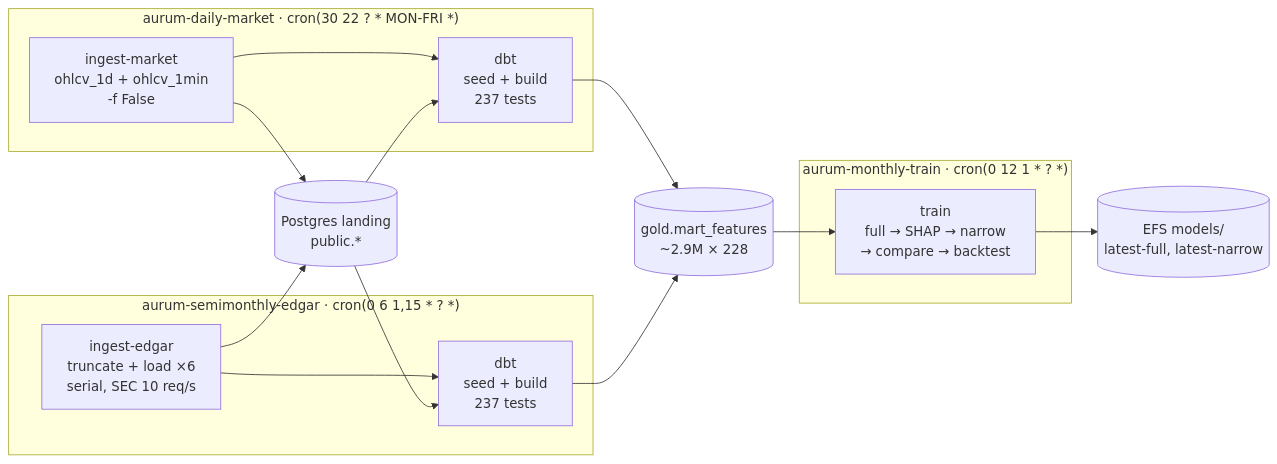
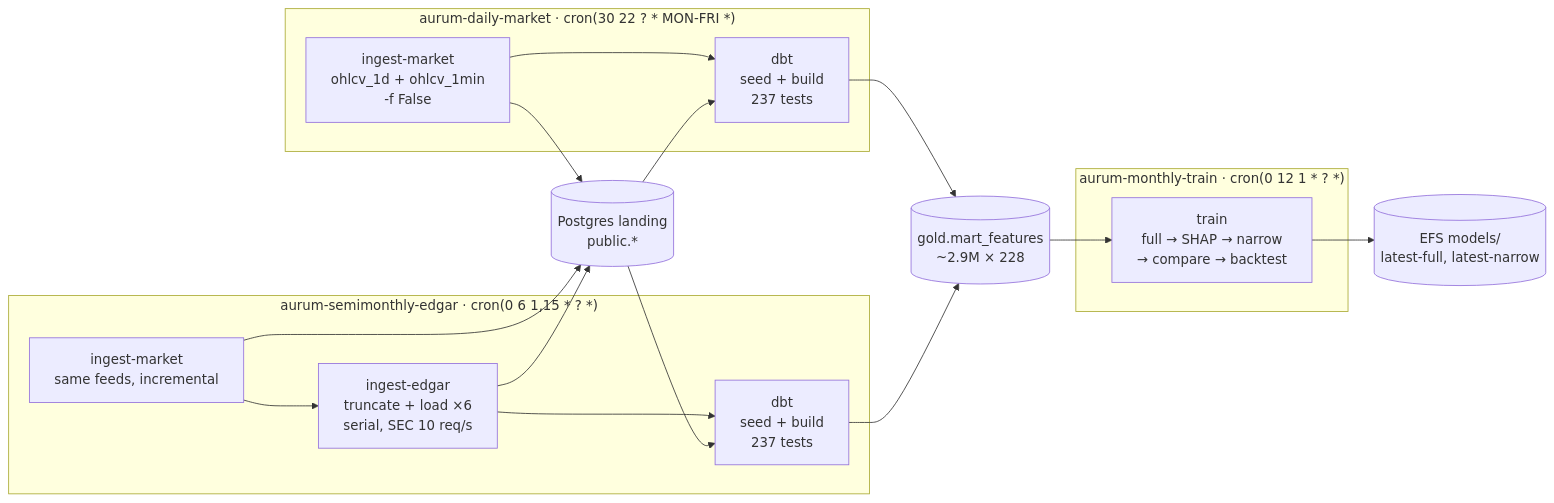
Before and after one commit to Analyst-Ninja/aurum: the first of 2 diagrams in docs/infra/aws-deployment-plan.md, drawn with Mermaid. The commit also changed other lines of this file and 2 other files, not shown here.

First line of the commit message:
feat: ingest prices before EDGAR, and build after both (GH-75)

````diff
--- a/docs/infra/aws-deployment-plan.md
+++ b/docs/infra/aws-deployment-plan.md
@@ -66,27 +82,29 @@
 ```mermaid
 flowchart LR
   subgraph daily["aurum-daily-market · cron(30 22 ? * MON-FRI *)"]
     IM["ingest-market<br/>ohlcv_1d + ohlcv_1min<br/>-f False"] --> DBT["dbt<br/>seed + build<br/>237 tests"]
   end
 
   subgraph semi["aurum-semimonthly-edgar · cron(0 6 1,15 * ? *)"]
-    IE["ingest-edgar<br/>truncate + load ×6<br/>serial, SEC 10 req/s"] --> DBT2["dbt<br/>seed + build<br/>237 tests"]
+    IM2["ingest-market<br/>same feeds, incremental"] --> IE["ingest-edgar<br/>truncate + load ×6<br/>serial, SEC 10 req/s"]
+    IE --> DBT2["dbt<br/>seed + build<br/>237 tests"]
   end
 
   subgraph monthly["aurum-monthly-train · cron(0 12 1 * ? *)"]
     TR["train<br/>full → SHAP → narrow<br/>→ compare → backtest"]
   end
 
   LAND[("Postgres landing<br/>public.*")]
   GOLD[("gold.mart_features<br/>~2.9M × 228")]
   REG[("EFS models/<br/>latest-full, latest-narrow")]
 
   IM --> LAND
+  IM2 --> LAND
   IE --> LAND
   LAND --> DBT
   LAND --> DBT2
   DBT --> GOLD
   DBT2 --> GOLD
   GOLD --> TR
   TR --> REG
 ```
````
